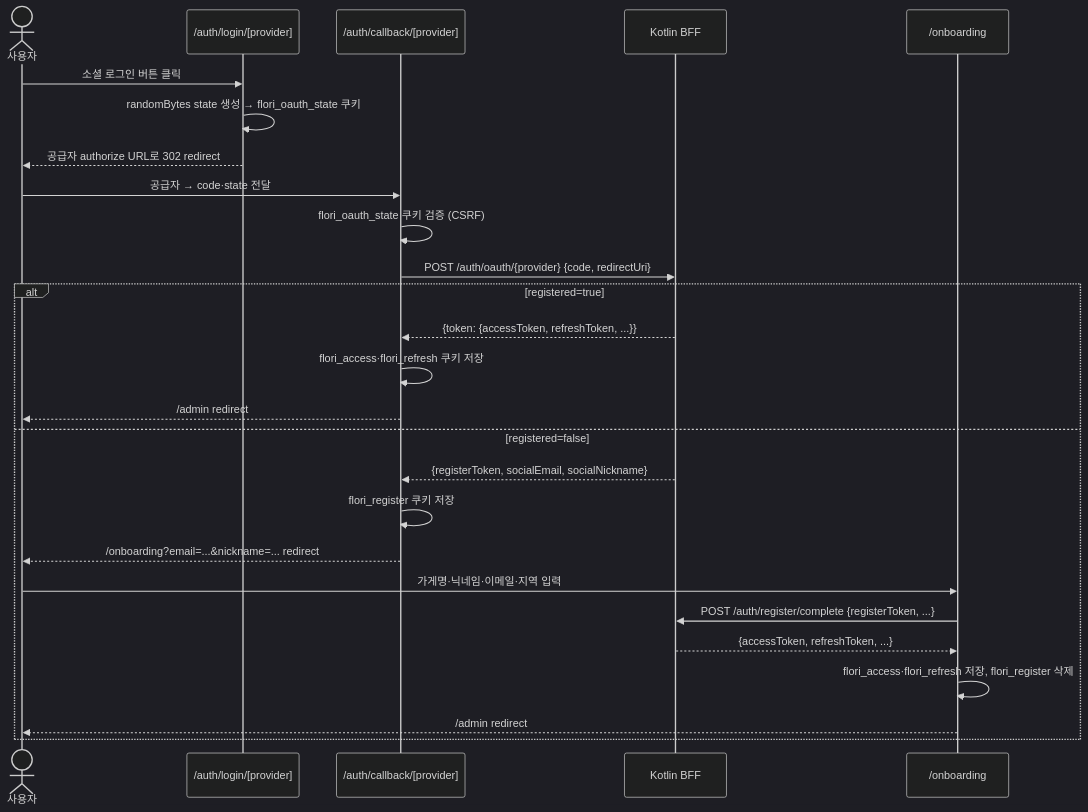
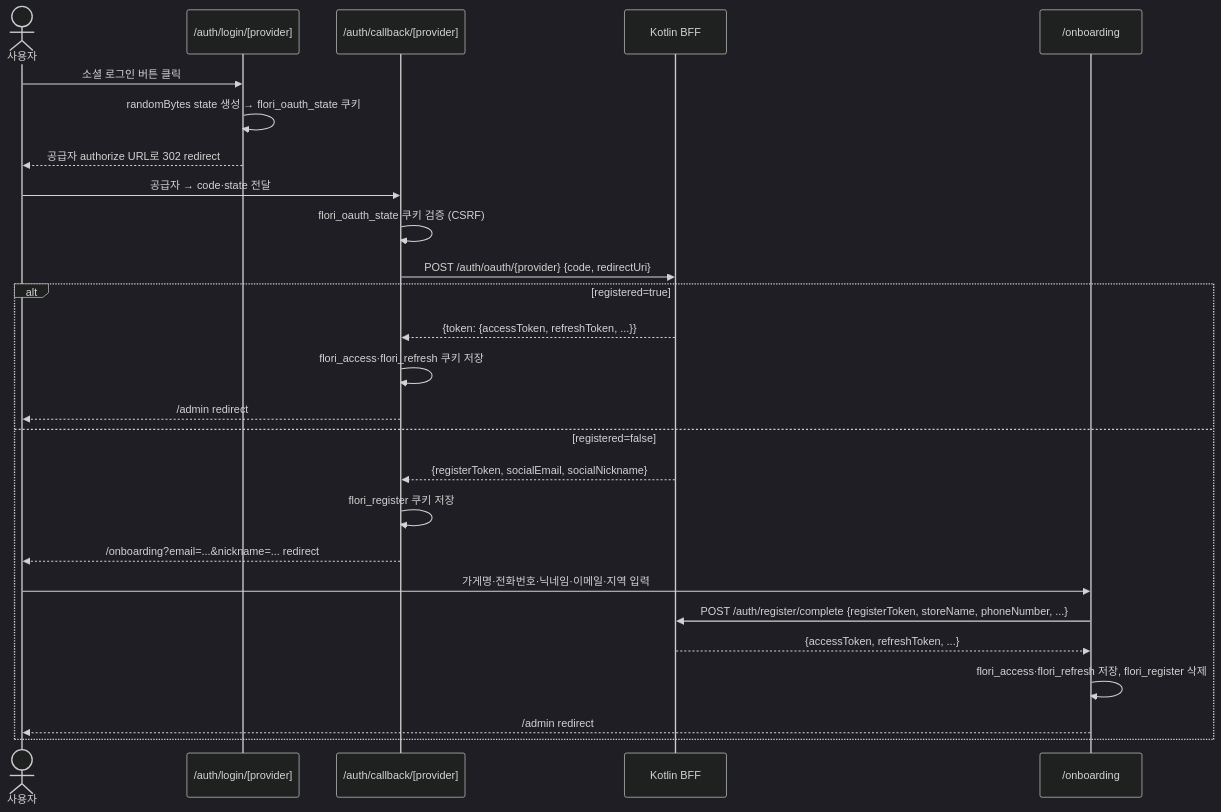
The second of 5 diagrams in docs/ARCHITECTURE.md (flori-ai-kr/web), drawn with Mermaid (dark theme) before and after one commit. The commit also changed other lines of this file and 25 other files, not shown here.

````diff
--- a/docs/ARCHITECTURE.md
+++ b/docs/ARCHITECTURE.md
@@ -258,30 +258,30 @@
 ```mermaid
 sequenceDiagram
     actor U as 사용자
     participant LG as /auth/login/[provider]
     participant CB as /auth/callback/[provider]
     participant BFF as Kotlin BFF
     participant OB as /onboarding
 
     U->>LG: 소셜 로그인 버튼 클릭
     LG->>LG: randomBytes state 생성 → flori_oauth_state 쿠키
     LG-->>U: 공급자 authorize URL로 302 redirect
 
     U->>CB: 공급자 → code·state 전달
     CB->>CB: flori_oauth_state 쿠키 검증 (CSRF)
     CB->>BFF: POST /auth/oauth/{provider} {code, redirectUri}
     alt registered=true
         BFF-->>CB: {token: {accessToken, refreshToken, ...}}
         CB->>CB: flori_access·flori_refresh 쿠키 저장
         CB-->>U: /admin redirect
     else registered=false
         BFF-->>CB: {registerToken, socialEmail, socialNickname}
         CB->>CB: flori_register 쿠키 저장
         CB-->>U: /onboarding?email=...&nickname=... redirect
-        U->>OB: 가게명·닉네임·이메일·지역 입력
-        OB->>BFF: POST /auth/register/complete {registerToken, ...}
+        U->>OB: 가게명·전화번호·닉네임·이메일·지역 입력
+        OB->>BFF: POST /auth/register/complete {registerToken, storeName, phoneNumber, ...}
         BFF-->>OB: {accessToken, refreshToken, ...}
         OB->>OB: flori_access·flori_refresh 저장, flori_register 삭제
         OB-->>U: /admin redirect
     end
 ```
````
